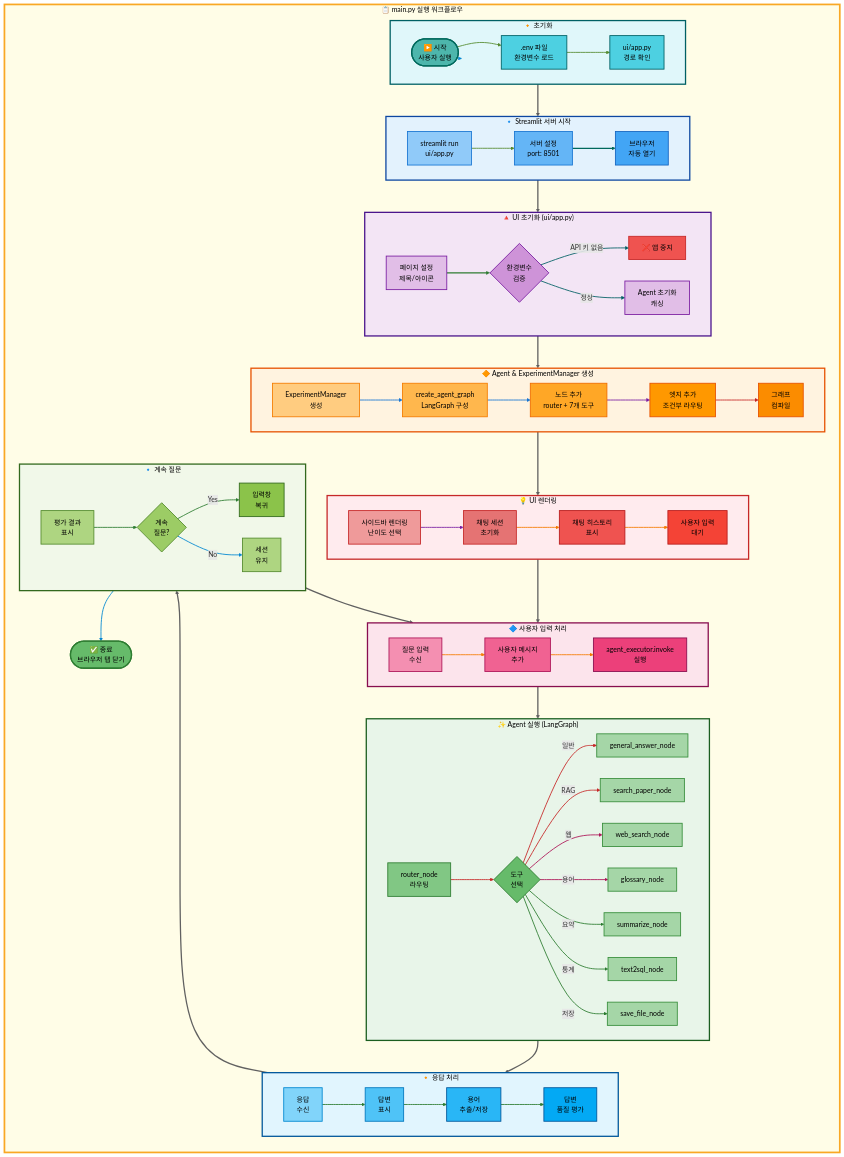
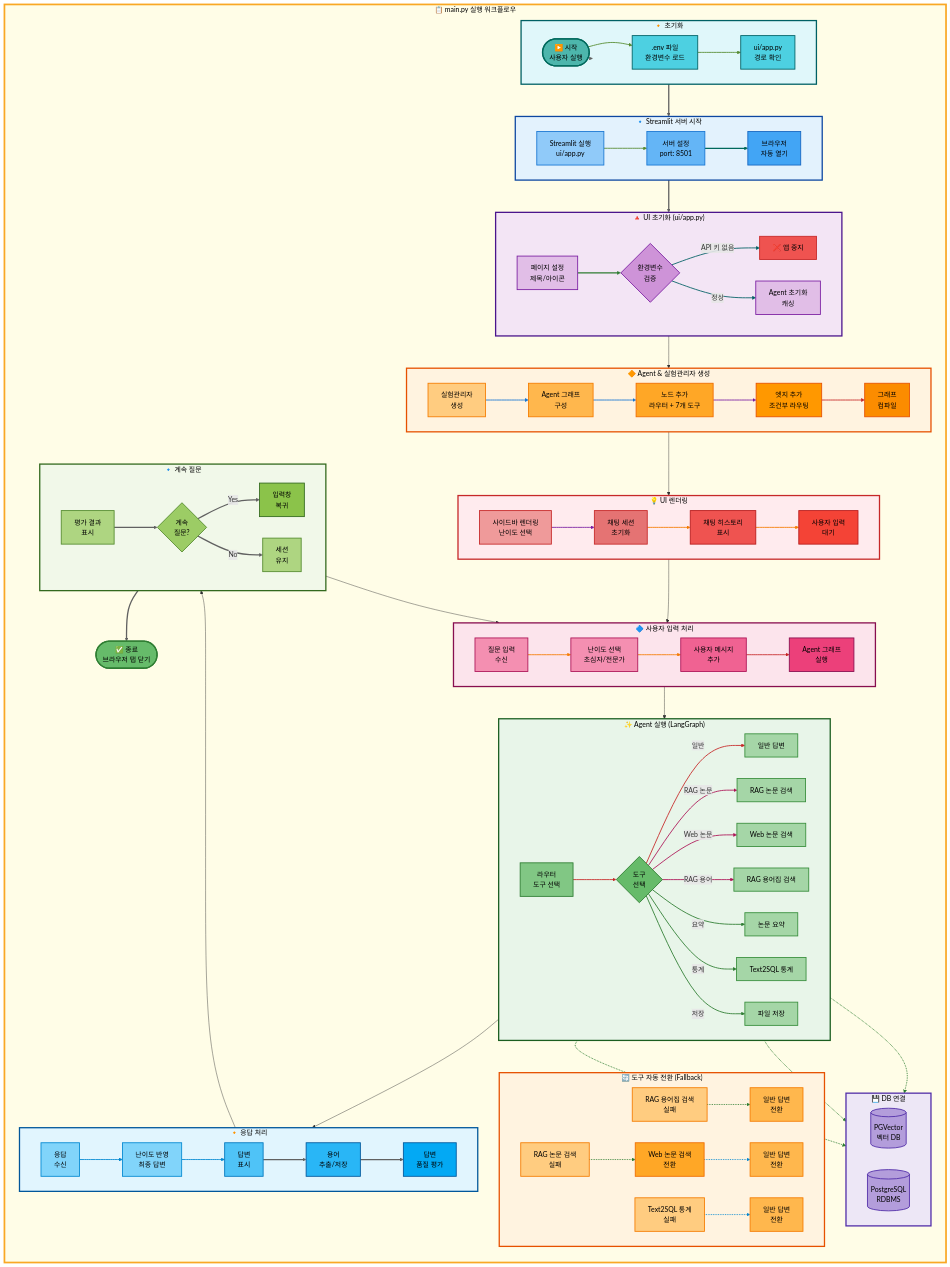
The second of 4 diagrams in docs/modularization/01_프로젝트_구조.md (AIBootcamp14/langchainproject-new-langchainproject_5), drawn with Mermaid before and after one commit. The commit also changed other lines of this file, not shown here.

Commit message:
fix: 전체 아키텍처(단순 흐름도)에 DB연결, 도구 자동 전환(Fallback) 부분 추가

````diff
--- a/docs/modularization/01_프로젝트_구조.md
+++ b/docs/modularization/01_프로젝트_구조.md
@@ -127,7 +127,7 @@
 
         subgraph Streamlit["🔹 Streamlit 서버 시작"]
             direction LR
-            RunStreamlit[streamlit run<br/>ui/app.py] --> SetConfig[서버 설정<br/>port: 8501]
+            RunStreamlit[Streamlit 실행<br/>ui/app.py] --> SetConfig[서버 설정<br/>port: 8501]
             SetConfig --> OpenBrowser[브라우저<br/>자동 열기]
         end
 
@@ -138,10 +138,10 @@
             ValidateEnv -->|정상| InitAgent[Agent 초기화<br/>캐싱]
         end
 
-        subgraph AgentSetup["🔶 Agent & ExperimentManager 생성"]
+        subgraph AgentSetup["🔶 Agent & 실험관리자 생성"]
             direction LR
-            CreateExpMgr[ExperimentManager<br/>생성] --> CreateGraph[create_agent_graph<br/>LangGraph 구성]
-            CreateGraph --> AddNodes[노드 추가<br/>router + 7개 도구]
+            CreateExpMgr[실험관리자<br/>생성] --> CreateGraph[Agent 그래프<br/>구성]
+            CreateGraph --> AddNodes[노드 추가<br/>라우터 + 7개 도구]
             AddNodes --> AddEdges[엣지 추가<br/>조건부 라우팅]
             AddEdges --> Compile[그래프<br/>컴파일]
         end
@@ -155,25 +155,44 @@
 
         subgraph UserInput["🔷 사용자 입력 처리"]
             direction LR
-            InputReceived[질문 입력<br/>수신] --> AddUserMsg[사용자 메시지<br/>추가]
-            AddUserMsg --> InvokeAgent[agent_executor.invoke<br/>실행]
+            InputReceived[질문 입력<br/>수신] --> SelectDiff[난이도 선택<br/>초심자/전문가]
+            SelectDiff --> AddUserMsg[사용자 메시지<br/>추가]
+            AddUserMsg --> InvokeAgent[Agent 그래프<br/>실행]
         end
 
         subgraph AgentExec["✨ Agent 실행 (LangGraph)"]
             direction LR
-            RouterNode[router_node<br/>라우팅] --> SelectTool{도구<br/>선택}
-            SelectTool -->|일반| GeneralNode[general_answer_node]
-            SelectTool -->|RAG| SearchNode[search_paper_node]
-            SelectTool -->|웹| WebNode[web_search_node]
-            SelectTool -->|용어| GlossaryNode[glossary_node]
-            SelectTool -->|요약| SummarizeNode[summarize_node]
-            SelectTool -->|통계| Text2SQLNode[text2sql_node]
-            SelectTool -->|저장| SaveNode[save_file_node]
+            RouterNode[라우터<br/>도구 선택] --> SelectTool{도구<br/>선택}
+            SelectTool -->|일반| GeneralNode[일반 답변]
+            SelectTool -->|RAG 논문| SearchNode[RAG 논문 검색]
+            SelectTool -->|Web 논문| WebNode[Web 논문 검색]
+            SelectTool -->|RAG 용어| GlossaryNode[RAG 용어집 검색]
+            SelectTool -->|요약| SummarizeNode[논문 요약]
+            SelectTool -->|통계| Text2SQLNode[Text2SQL 통계]
+            SelectTool -->|저장| SaveNode[파일 저장]
+        end
+
+        subgraph DBConnect["💾 DB 연결"]
+            direction LR
+            PGVectorDB[(PGVector<br/>벡터 DB)]
+            PostgresDB[(PostgreSQL<br/>RDBMS)]
+            SearchNode -.-> PGVectorDB
+            GlossaryNode -.-> PostgresDB
+            Text2SQLNode -.-> PostgresDB
+        end
+
+        subgraph FallbackChain["🔄 도구 자동 전환 (Fallback)"]
+            direction LR
+            GlossaryFail[RAG 용어집 검색<br/>실패] -.-> GlossaryToGeneral[일반 답변<br/>전환]
+            SearchFail[RAG 논문 검색<br/>실패] -.-> SearchToWeb[Web 논문 검색<br/>전환]
+            SearchToWeb -.-> WebToGeneral[일반 답변<br/>전환]
+            Text2SQLFail[Text2SQL 통계<br/>실패] -.-> Text2SQLToGeneral[일반 답변<br/>전환]
         end
 
         subgraph Response["🔸 응답 처리"]
             direction LR
-            GetResponse[응답<br/>수신] --> DisplayAnswer[답변<br/>표시]
+            GetResponse[응답<br/>수신] --> ApplyDiff[난이도 반영<br/>최종 답변]
+            ApplyDiff --> DisplayAnswer[답변<br/>표시]
             DisplayAnswer --> ExtractTerms[용어<br/>추출/저장]
             ExtractTerms --> Evaluate[답변<br/>품질 평가]
         end
@@ -249,6 +268,7 @@
 
     %% 노드 스타일 (사용자 입력 - 핑크)
     style InputReceived fill:#f48fb1,stroke:#ad1457,stroke-width:2px,color:#000
+    style SelectDiff fill:#f48fb1,stroke:#ad1457,stroke-width:2px,color:#000
     style AddUserMsg fill:#f06292,stroke:#ad1457,stroke-width:2px,color:#000
     style InvokeAgent fill:#ec407a,stroke:#880e4f,stroke-width:2px,color:#000
 
@@ -263,8 +283,28 @@
     style Text2SQLNode fill:#a5d6a7,stroke:#388e3c,stroke-width:2px,color:#000
     style SaveNode fill:#a5d6a7,stroke:#388e3c,stroke-width:2px,color:#000
 
+    %% Subgraph 스타일 (DB 연결 - 보라)
+    style DBConnect fill:#ede7f6,stroke:#512da8,stroke-width:3px,color:#000
+
+    %% 노드 스타일 (DB - 보라)
+    style PGVectorDB fill:#b39ddb,stroke:#512da8,stroke-width:2px,color:#000
+    style PostgresDB fill:#b39ddb,stroke:#512da8,stroke-width:2px,color:#000
+
+    %% Subgraph 스타일 (Fallback - 주황)
+    style FallbackChain fill:#fff3e0,stroke:#e65100,stroke-width:3px,color:#000
+
+    %% 노드 스타일 (Fallback - 주황)
+    style GlossaryFail fill:#ffcc80,stroke:#f57c00,stroke-width:2px,color:#000
+    style GlossaryToGeneral fill:#ffb74d,stroke:#f57c00,stroke-width:2px,color:#000
+    style SearchFail fill:#ffcc80,stroke:#f57c00,stroke-width:2px,color:#000
+    style SearchToWeb fill:#ffa726,stroke:#ef6c00,stroke-width:2px,color:#000
+    style WebToGeneral fill:#ffb74d,stroke:#f57c00,stroke-width:2px,color:#000
+    style Text2SQLFail fill:#ffcc80,stroke:#f57c00,stroke-width:2px,color:#000
+    style Text2SQLToGeneral fill:#ffb74d,stroke:#f57c00,stroke-width:2px,color:#000
+
     %% 노드 스타일 (응답 처리 - 하늘색)
     style GetResponse fill:#81d4fa,stroke:#0288d1,stroke-width:2px,color:#000
+    style ApplyDiff fill:#81d4fa,stroke:#0288d1,stroke-width:2px,color:#000
     style DisplayAnswer fill:#4fc3f7,stroke:#0277bd,stroke-width:2px,color:#000
     style ExtractTerms fill:#29b6f6,stroke:#01579b,stroke-width:2px,color:#000
     style Evaluate fill:#03a9f4,stroke:#01579b,stroke-width:2px,color:#000
@@ -308,12 +348,12 @@
     linkStyle 17 stroke:#c62828,stroke-width:2px
     linkStyle 18 stroke:#c62828,stroke-width:2px
 
-    %% 연결선 스타일 (사용자 입력 19~20)
+    %% 연결선 스타일 (사용자 입력 19~21)
     linkStyle 19 stroke:#ad1457,stroke-width:2px
     linkStyle 20 stroke:#ad1457,stroke-width:2px
+    linkStyle 21 stroke:#ad1457,stroke-width:2px
 
-    %% 연결선 스타일 (Agent 실행 21~28)
-    linkStyle 21 stroke:#2e7d32,stroke-width:2px
+    %% 연결선 스타일 (Agent 실행 22~29)
     linkStyle 22 stroke:#2e7d32,stroke-width:2px
     linkStyle 23 stroke:#2e7d32,stroke-width:2px
     linkStyle 24 stroke:#2e7d32,stroke-width:2px
@@ -321,15 +361,15 @@
     linkStyle 26 stroke:#2e7d32,stroke-width:2px
     linkStyle 27 stroke:#2e7d32,stroke-width:2px
     linkStyle 28 stroke:#2e7d32,stroke-width:2px
+    linkStyle 29 stroke:#2e7d32,stroke-width:2px
 
-    %% 연결선 스타일 (응답 처리 29~31)
-    linkStyle 29 stroke:#0288d1,stroke-width:2px
+    %% 연결선 스타일 (응답 처리 30~33)
     linkStyle 30 stroke:#0288d1,stroke-width:2px
     linkStyle 31 stroke:#0288d1,stroke-width:2px
+    linkStyle 32 stroke:#0288d1,stroke-width:2px
+    linkStyle 33 stroke:#0288d1,stroke-width:2px
 
-    %% 단계 간 연결 (회색 32~40)
-    linkStyle 32 stroke:#616161,stroke-width:3px
-    linkStyle 33 stroke:#616161,stroke-width:3px
+    %% 단계 간 연결 (회색 34~42)
     linkStyle 34 stroke:#616161,stroke-width:3px
     linkStyle 35 stroke:#616161,stroke-width:3px
     linkStyle 36 stroke:#616161,stroke-width:3px
@@ -337,4 +377,6 @@
     linkStyle 38 stroke:#616161,stroke-width:3px
     linkStyle 39 stroke:#616161,stroke-width:3px
     linkStyle 40 stroke:#616161,stroke-width:3px
+    linkStyle 41 stroke:#616161,stroke-width:3px
+    linkStyle 42 stroke:#616161,stroke-width:3px
 ```
````
